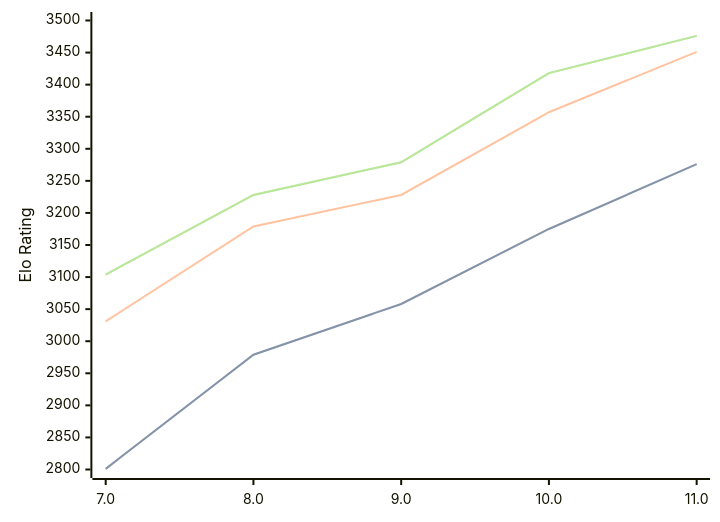
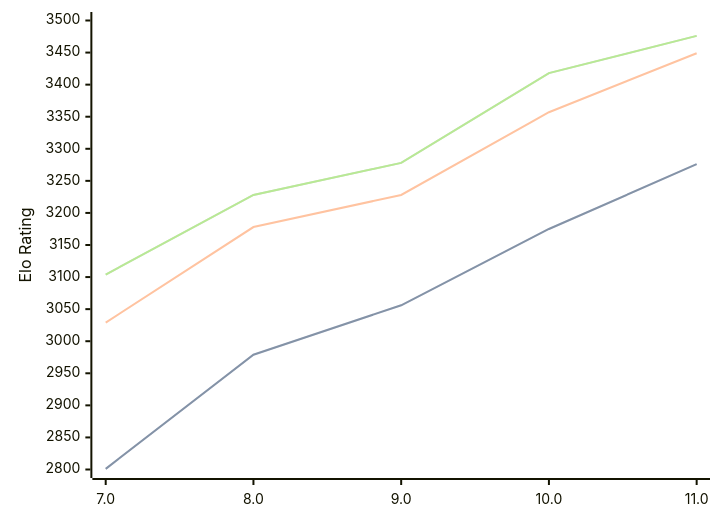
One commit to computer-chess-index/cci changed the diagram in engines/Tcheran.md. Above: the diagram before and after it, drawn with Mermaid. The commit also changed other lines of this file, not shown here.

Commit message:
Update CCI Ratings (ELO VLTC) - 2026-04-17

````diff
--- a/engines/Tcheran.md
+++ b/engines/Tcheran.md
@@ -49,11 +49,11 @@
 ```mermaid
 %%{init: {"theme":"base","themeVariables":{"seriesColors:['#a3a3a3','#222221','#faa371']}}}%%
 xychart-beta
   x-axis ["7.0", "8.0", "9.0", "10.0", "11.0"]
   y-axis "Elo Rating" 2800 --> 3500
-  line "STC (8.0+0.08s)" [2801, 2979, 3058, 3175, 3276]
-  line "STC (8.0+0.08s)" [2801, 2979, 3058, 3175, 3276]
-  line "LTC (60.0+0.60s)" [3031, 3179, 3228, 3357, 3451]
-  line "VLTC (2m24s+1.12s)" [3104, 3228, 3279, 3418, 3476]
-  line "VLTC (2m24s+1.12s)" [3104, 3228, 3279, 3418, 3476]
+  line "STC (8.0+0.08s)" [2801, 2979, 3056, 3175, 3276]
+  line "STC (8.0+0.08s)" [2801, 2979, 3056, 3175, 3276]
+  line "LTC (60.0+0.60s)" [3029, 3178, 3228, 3357, 3449]
+  line "VLTC (2m24s+1.12s)" [3104, 3228, 3278, 3418, 3476]
+  line "VLTC (2m24s+1.12s)" [3104, 3228, 3278, 3418, 3476]
 ```
````
